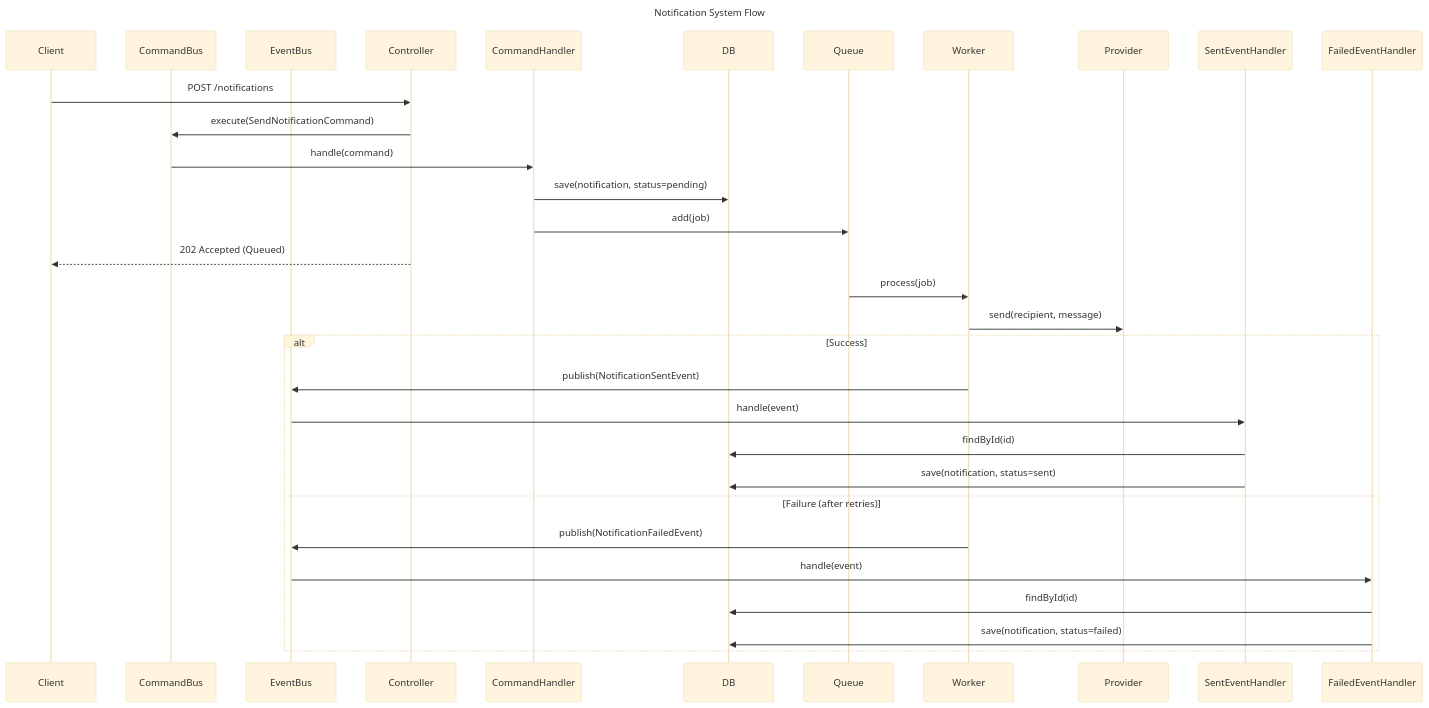
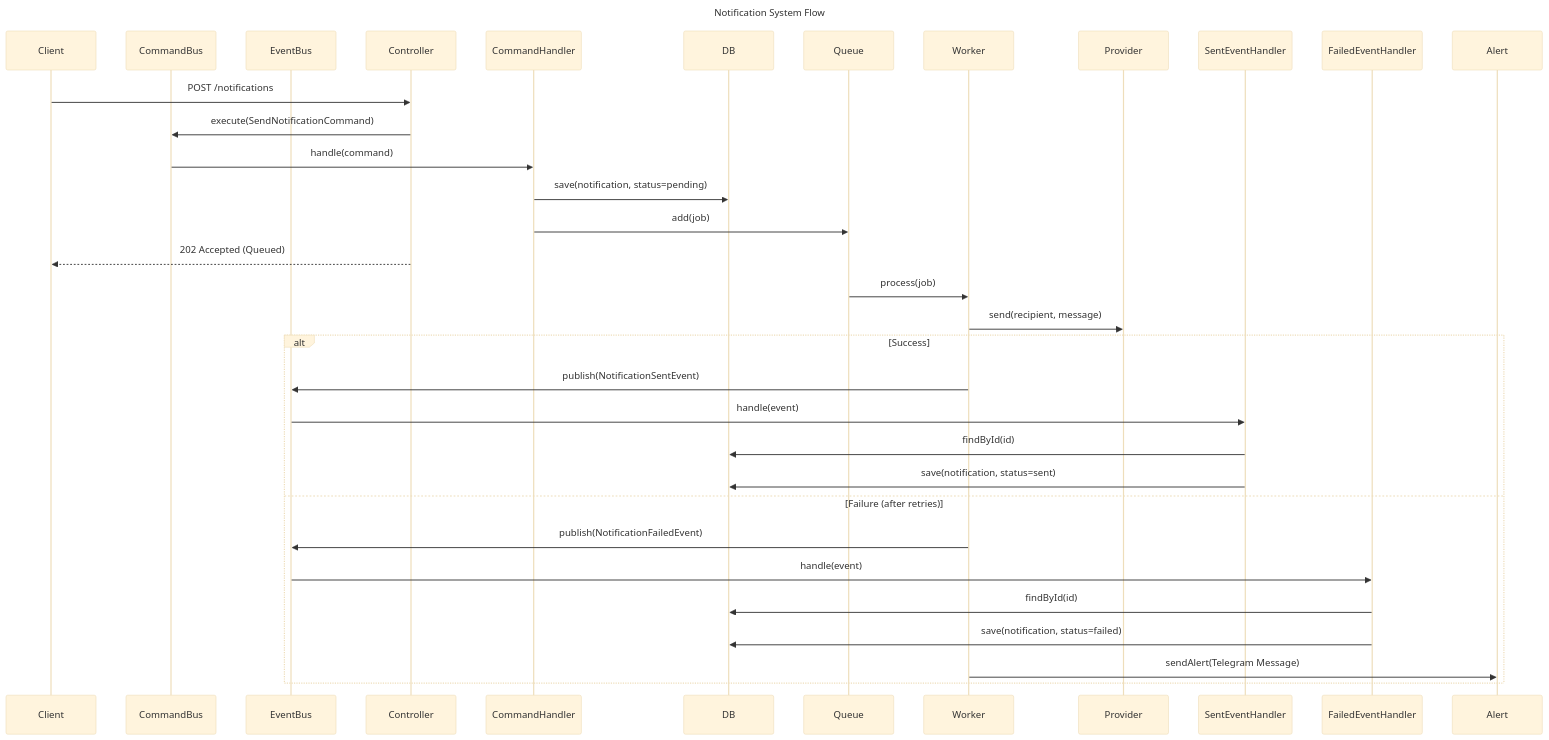
The diagram in README.md (HtetAungKhant23/aura-notify), drawn with Mermaid (base theme) before and after one commit. The commit also changed other lines of this file, not shown here.

Commit message:
refactor(readme): add about alert service

````diff
--- a/README.md
+++ b/README.md
@@ -22,28 +22,29 @@
 ```mermaid
 sequenceDiagram
     title Notification System Flow
     participant Client
     participant CommandBus
     participant EventBus
 
     Client->>Controller: POST /notifications
     Controller->>CommandBus: execute(SendNotificationCommand)
     CommandBus->>CommandHandler: handle(command)
     CommandHandler->>DB: save(notification, status=pending)
     CommandHandler->>Queue: add(job)
     Controller-->>Client: 202 Accepted (Queued)
     Queue->>Worker: process(job)
     Worker->>Provider: send(recipient, message)
 
     alt Success
         Worker->>EventBus: publish(NotificationSentEvent)
         EventBus->>SentEventHandler: handle(event)
         SentEventHandler->>DB: findById(id)
         SentEventHandler->>DB: save(notification, status=sent)
     else Failure (after retries)
         Worker->>EventBus: publish(NotificationFailedEvent)
         EventBus->>FailedEventHandler: handle(event)
         FailedEventHandler->>DB: findById(id)
         FailedEventHandler->>DB: save(notification, status=failed)
+        Worker->>Alert: sendAlert(Telegram Message)
     end
 ```
````
